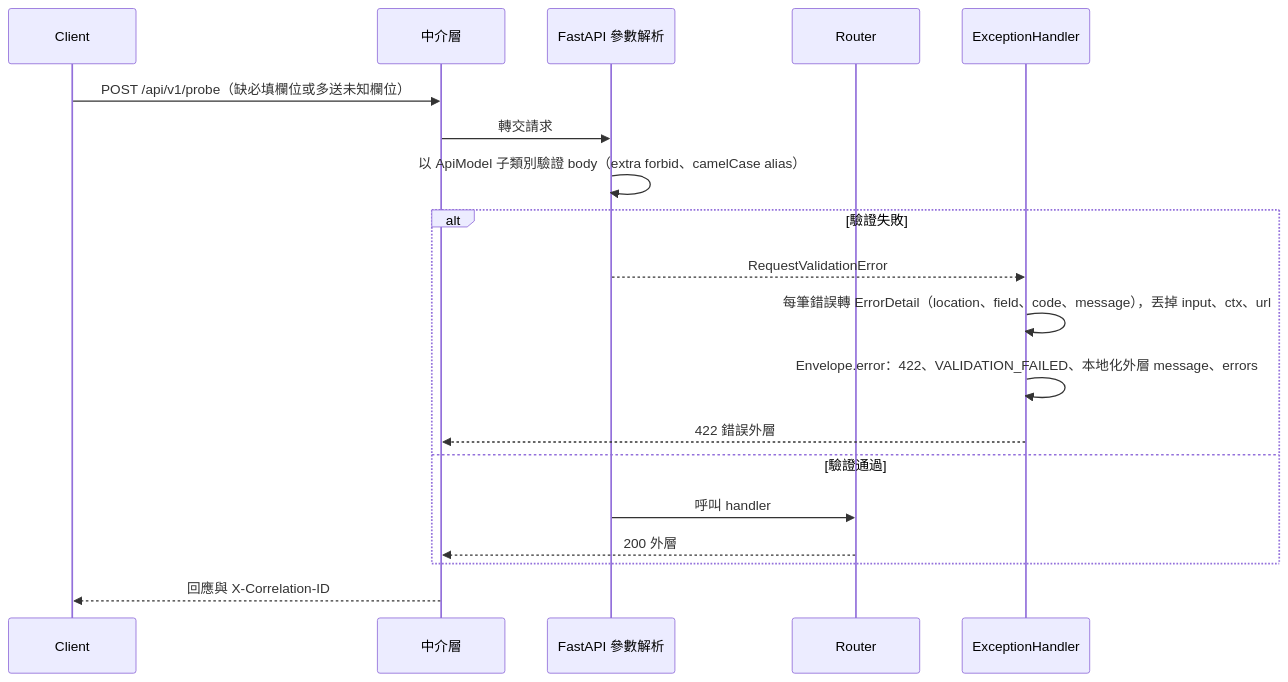
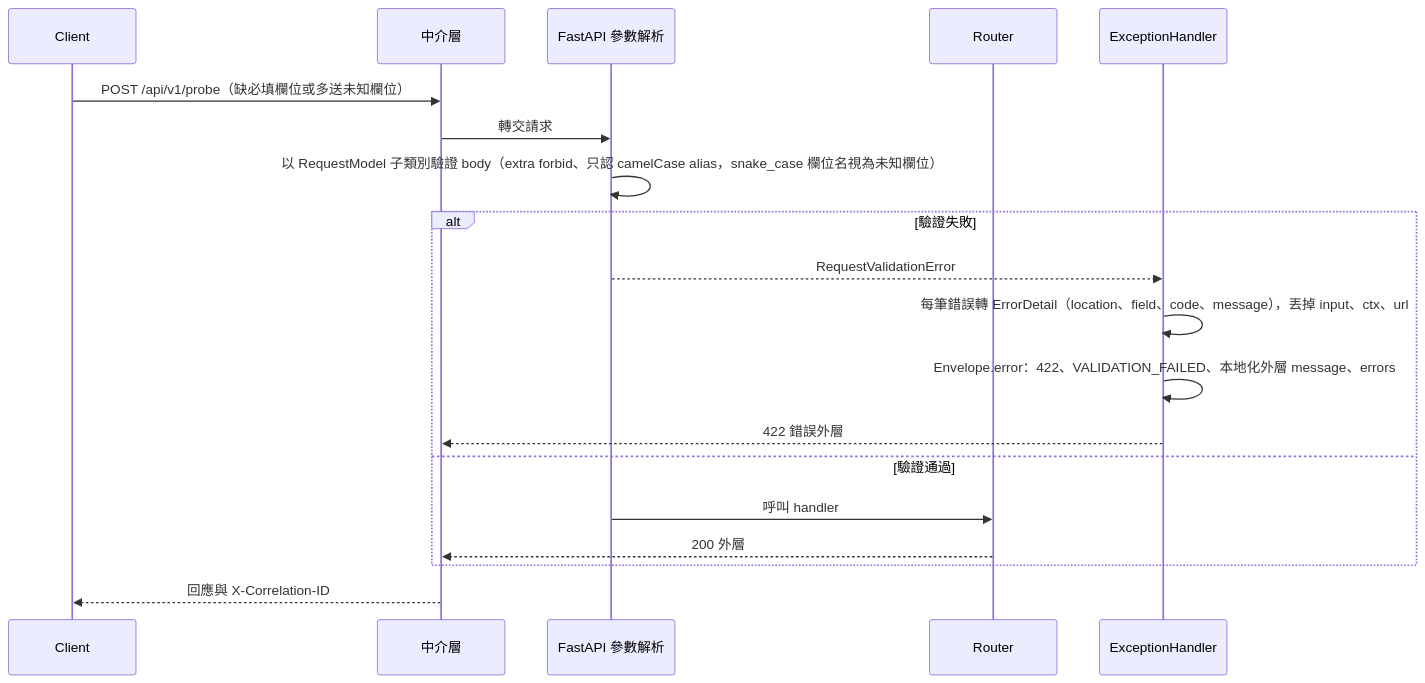
One commit to label-suite/label-suite changed the fourth of 10 diagrams in openspec/changes/backend-skeleton/system-design.md. Above: the diagram before and after it, drawn with Mermaid. The commit also changed other lines of this file and 1 other file, not shown here.

First line of the commit message:
docs: split settings and model bases in backend design (#504)

````diff
--- a/openspec/changes/backend-skeleton/system-design.md
+++ b/openspec/changes/backend-skeleton/system-design.md
@@ -419,21 +451,21 @@
 ```mermaid
 sequenceDiagram
   participant Client
   participant MW as 中介層
   participant FA as FastAPI 參數解析
   participant Router
   participant EH as ExceptionHandler
   Client->>MW: POST /api/v1/probe（缺必填欄位或多送未知欄位）
   MW->>FA: 轉交請求
-  FA->>FA: 以 ApiModel 子類別驗證 body（extra forbid、camelCase alias）
+  FA->>FA: 以 RequestModel 子類別驗證 body（extra forbid、只認 camelCase alias，snake_case 欄位名視為未知欄位）
   alt 驗證失敗
     FA-->>EH: RequestValidationError
     EH->>EH: 每筆錯誤轉 ErrorDetail（location、field、code、message），丟掉 input、ctx、url
     EH->>EH: Envelope.error：422、VALIDATION_FAILED、本地化外層 message、errors
     EH-->>MW: 422 錯誤外層
   else 驗證通過
     FA->>Router: 呼叫 handler
     Router-->>MW: 200 外層
   end
   MW-->>Client: 回應與 X-Correlation-ID
 ```
````
